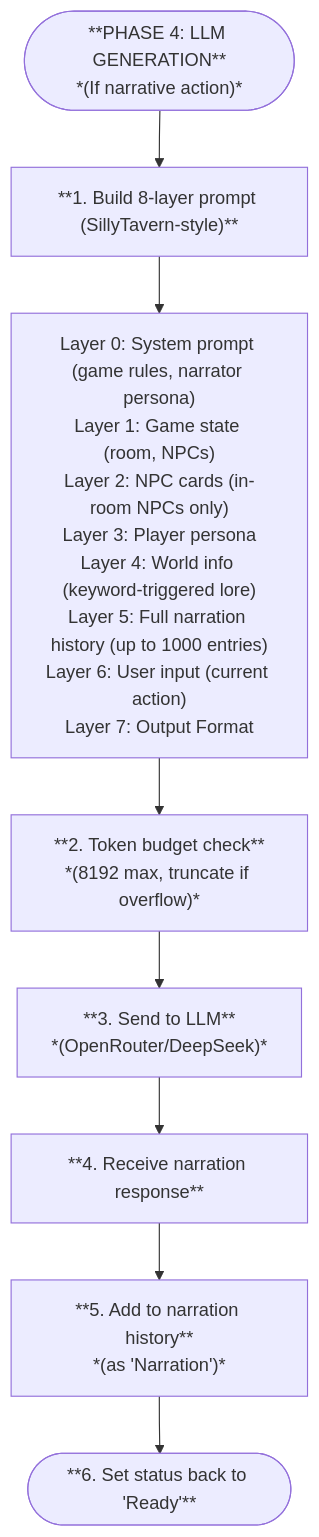
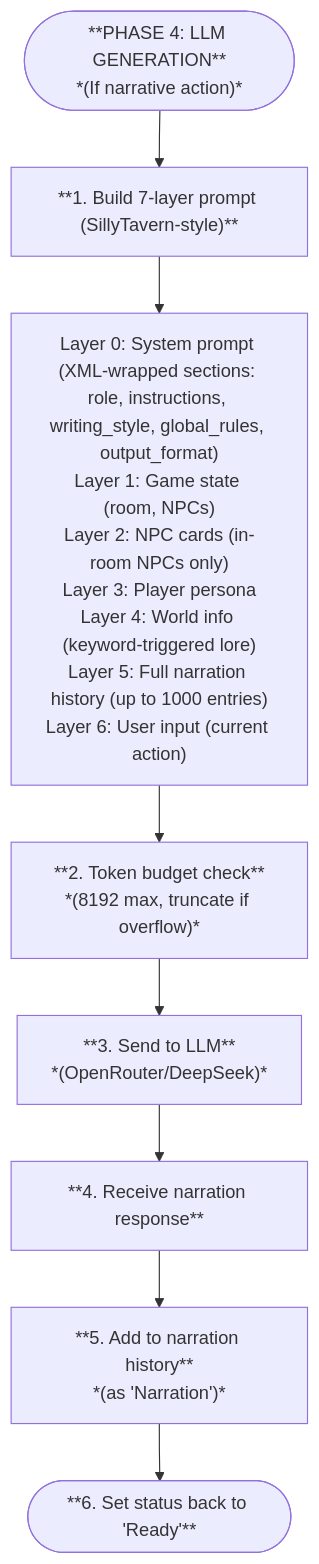
One commit to notsonormal/chronicler-engine changed the second of 3 diagrams in chronicler_engine/docs/system/game_flow.md. Above: the diagram before and after it, drawn with Mermaid. The commit also changed other lines of this file and 68 other files, not shown here.

First line of the commit message:
feat(engine): sectioned XML-wrapped prompt presets with dynamic assembly

````diff
--- a/chronicler_engine/docs/system/game_flow.md
+++ b/chronicler_engine/docs/system/game_flow.md
@@ -46,21 +46,21 @@
 ```mermaid
 flowchart TD
     Start(["**PHASE 4: LLM GENERATION**<br>*(If narrative action)*"])
     
-    Step1["**1. Build 8-layer prompt (SillyTavern-style)**"]
-    Sub1["Layer 0: System prompt (game rules, narrator persona)<br>Layer 1: Game state (room, NPCs)<br>Layer 2: NPC cards (in-room NPCs only)<br>Layer 3: Player persona<br>Layer 4: World info (keyword-triggered lore)<br>Layer 5: Full narration history (up to 1000 entries)<br>Layer 6: User input (current action)<br>Layer 7: Output Format"]
+    Step1["**1. Build 7-layer prompt (SillyTavern-style)**"]
+    Sub1["Layer 0: System prompt (XML-wrapped sections: role, instructions, writing_style, global_rules, output_format)<br>Layer 1: Game state (room, NPCs)<br>Layer 2: NPC cards (in-room NPCs only)<br>Layer 3: Player persona<br>Layer 4: World info (keyword-triggered lore)<br>Layer 5: Full narration history (up to 1000 entries)<br>Layer 6: User input (current action)"]
     
     Step2["**2. Token budget check**<br>*(8192 max, truncate if overflow)*"]
     Step3["**3. Send to LLM**<br>*(OpenRouter/DeepSeek)*"]
     Step4["**4. Receive narration response**"]
     Step5["**5. Add to narration history**<br>*(as 'Narration')*"]
     Step6(["**6. Set status back to 'Ready'**"])
 
     Start --> Step1
     Step1 --> Sub1
     Sub1 --> Step2
     Step2 --> Step3
     Step3 --> Step4
     Step4 --> Step5
     Step5 --> Step6
 ```
````
